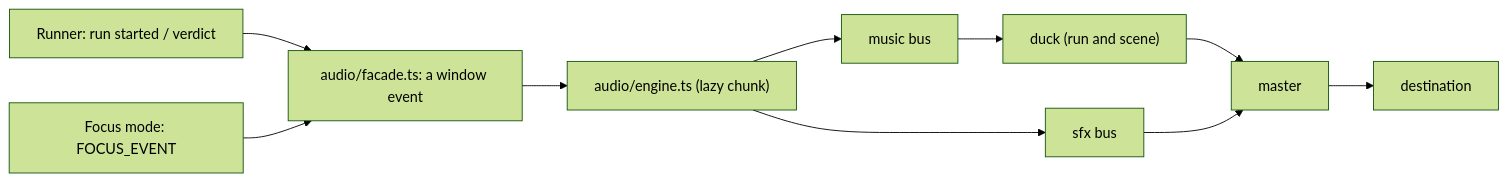
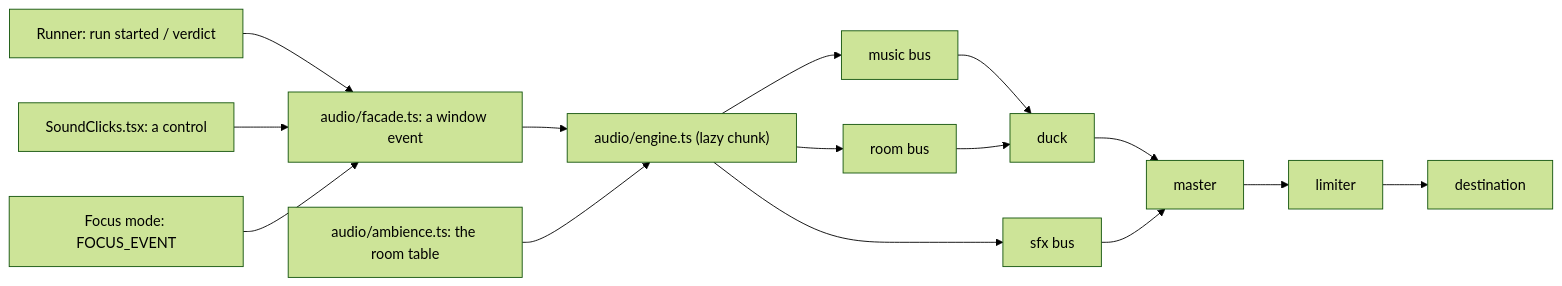
The diagram in docs/AUDIO.md (TLE47/Mechatronics-Roadmap), drawn with Mermaid (forest theme) before and after one commit. The commit also changed other lines of this file and 26 other files, not shown here.

````diff
--- a/docs/AUDIO.md
+++ b/docs/AUDIO.md
@@ -17,12 +22,17 @@
 ```mermaid
 flowchart LR
     R["Runner: run started / verdict"] --> B["audio/facade.ts: a window event"]
+    C["SoundClicks.tsx: a control"] --> B
     F["Focus mode: FOCUS_EVENT"] --> B
     B --> E["audio/engine.ts (lazy chunk)"]
+    A2["audio/ambience.ts: the room table"] --> E
     E --> M["music bus"]
     E --> S["sfx bus"]
-    M --> D["duck (run and scene)"]
-    D --> A["master"]
-    S --> A
-    A --> O["destination"]
+    E --> RM["room bus"]
+    M --> D["duck"]
+    RM --> D
+    D --> MA["master"]
+    S --> MA
+    MA --> L["limiter"]
+    L --> O["destination"]
 ```
````
